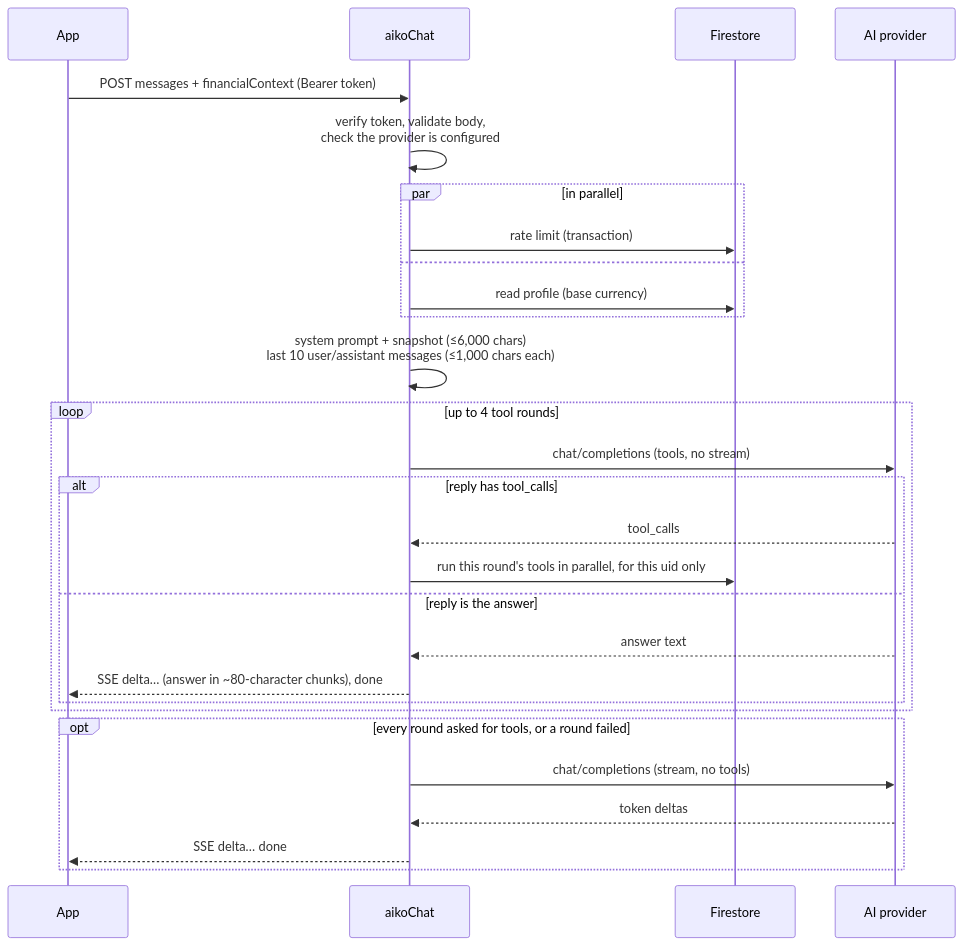
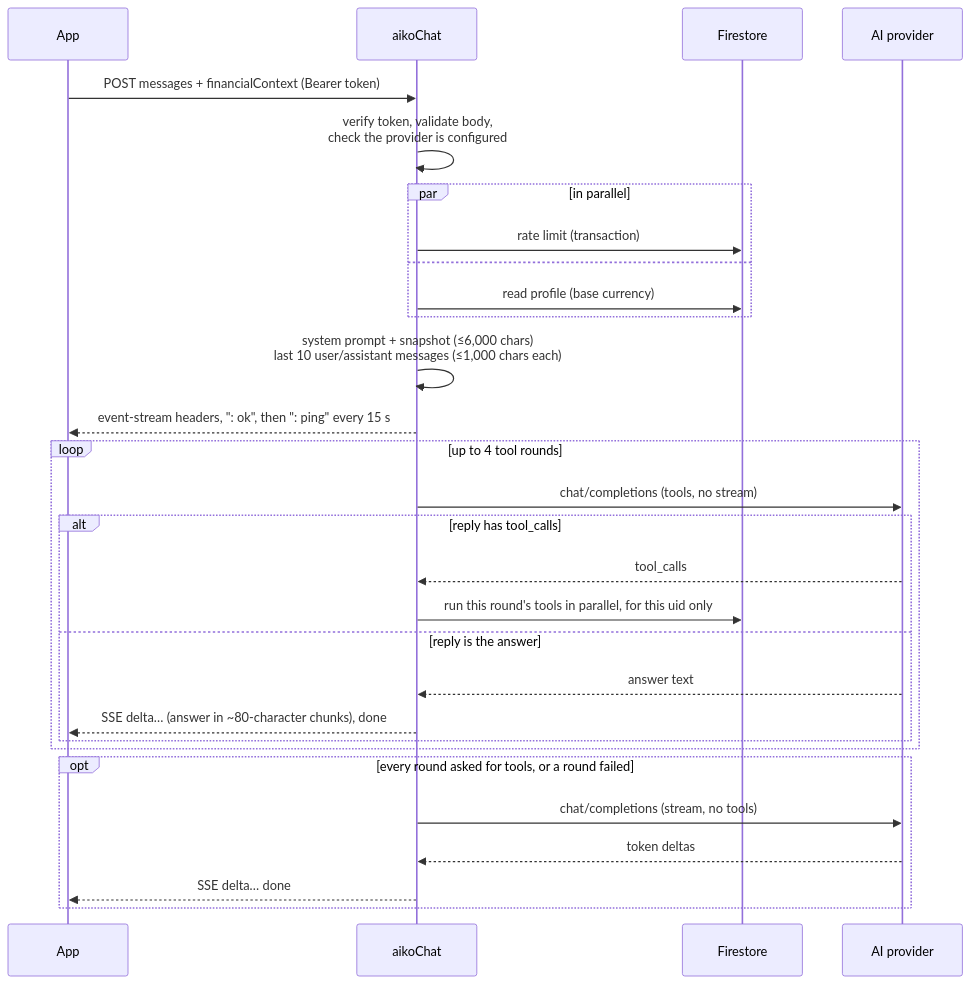
One commit to PePoDev/aiko changed the first of 2 diagrams in docs/backend.md. Above: the diagram before and after it, drawn with Mermaid. The commit also changed other lines of this file and 15 other files, not shown here.

````diff
--- a/docs/backend.md
+++ b/docs/backend.md
@@ -78,30 +80,31 @@
 ```mermaid
 sequenceDiagram
   participant App
   participant F as aikoChat
   participant DB as Firestore
   participant AI as AI provider
   App->>F: POST messages + financialContext (Bearer token)
   F->>F: verify token, validate body,<br/>check the provider is configured
   par in parallel
     F->>DB: rate limit (transaction)
   and
     F->>DB: read profile (base currency)
   end
   F->>F: system prompt + snapshot (≤6,000 chars)<br/>last 10 user/assistant messages (≤1,000 chars each)
+  F-->>App: event-stream headers, ": ok", then ": ping" every 15 s
   loop up to 4 tool rounds
     F->>AI: chat/completions (tools, no stream)
     alt reply has tool_calls
       AI-->>F: tool_calls
       F->>DB: run this round's tools in parallel, for this uid only
     else reply is the answer
       AI-->>F: answer text
       F-->>App: SSE delta… (answer in ~80-character chunks), done
     end
   end
   opt every round asked for tools, or a round failed
     F->>AI: chat/completions (stream, no tools)
     AI-->>F: token deltas
     F-->>App: SSE delta… done
   end
 ```
````
